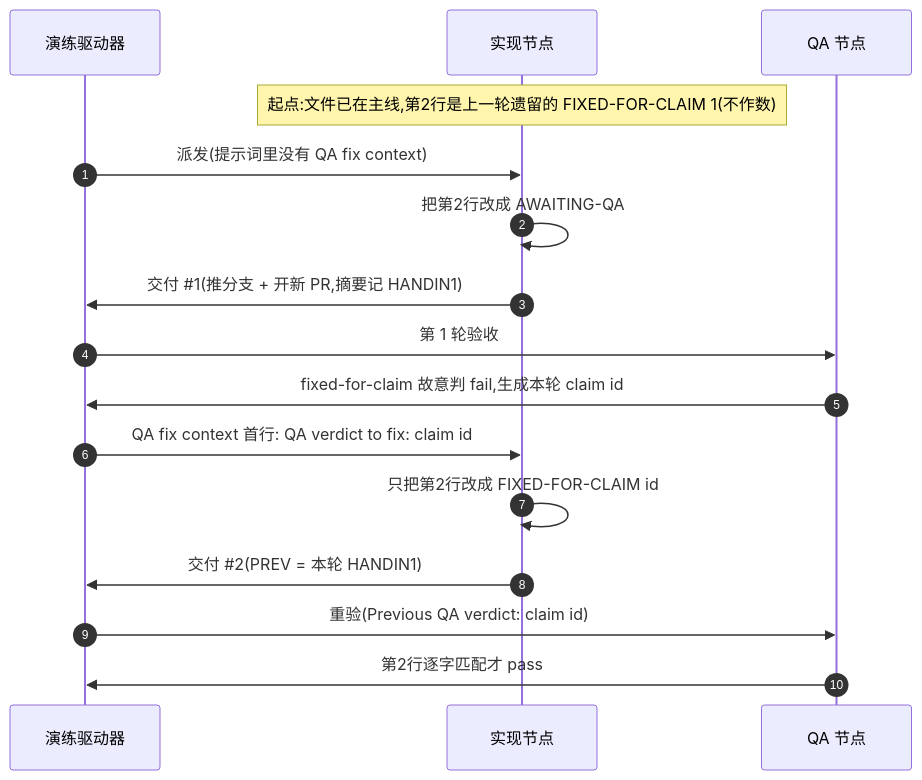
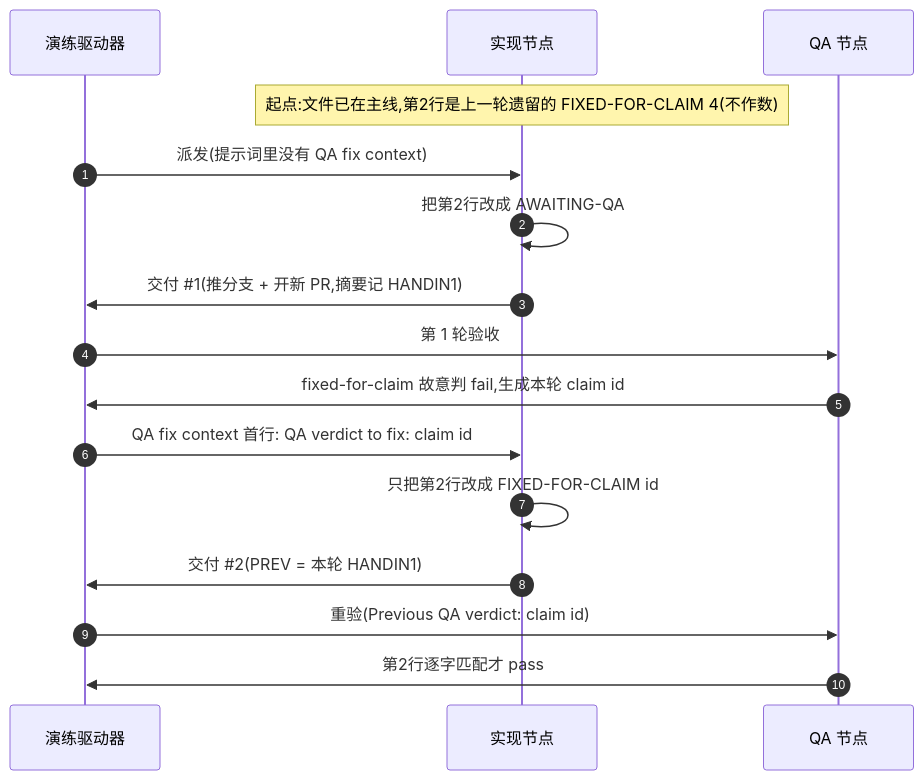
One commit to xrliAnnie/flywheel-qa-sandbox changed the diagram in engineering/doc/FLY-3228-real-runner-drill/d1-core-flow.mmd. Above: the diagram before and after it, drawn with Mermaid. The commit also changed 2 other files, not shown here.

```diff
--- a/engineering/doc/FLY-3228-real-runner-drill/d1-core-flow.mmd
+++ b/engineering/doc/FLY-3228-real-runner-drill/d1-core-flow.mmd
@@ -1,16 +1,16 @@
 sequenceDiagram
     autonumber
     participant D as 演练驱动器
     participant I as 实现节点
     participant Q as QA 节点
-    Note over I: 起点:文件已在主线,第2行是上一轮遗留的 FIXED-FOR-CLAIM 1(不作数)
+    Note over I: 起点:文件已在主线,第2行是上一轮遗留的 FIXED-FOR-CLAIM 4(不作数)
     D->>I: 派发(提示词里没有 QA fix context)
     I->>I: 把第2行改成 AWAITING-QA
     I->>D: 交付 #35;1(推分支 + 开新 PR,摘要记 HANDIN1)
     D->>Q: 第 1 轮验收
     Q->>D: fixed-for-claim 故意判 fail,生成本轮 claim id
     D->>I: QA fix context 首行: QA verdict to fix: claim id
     I->>I: 只把第2行改成 FIXED-FOR-CLAIM id
     I->>D: 交付 #35;2(PREV = 本轮 HANDIN1)
     D->>Q: 重验(Previous QA verdict: claim id)
     Q->>D: 第2行逐字匹配才 pass
```
